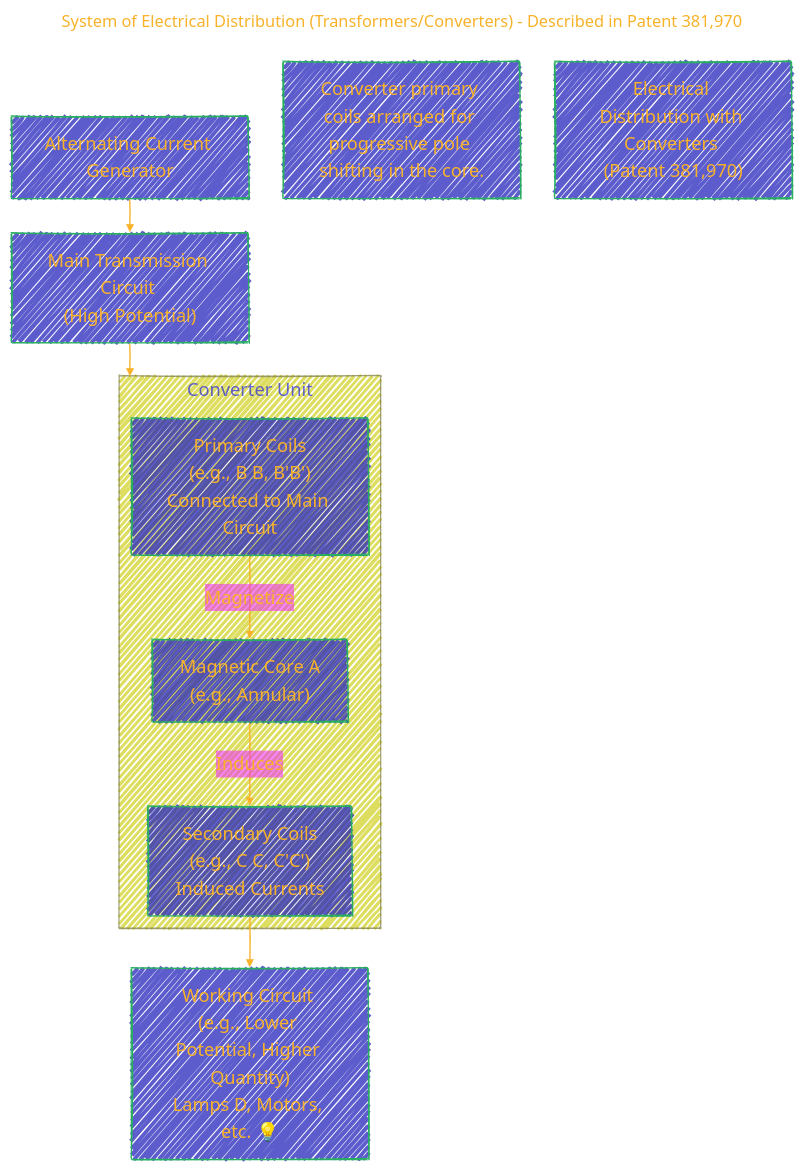
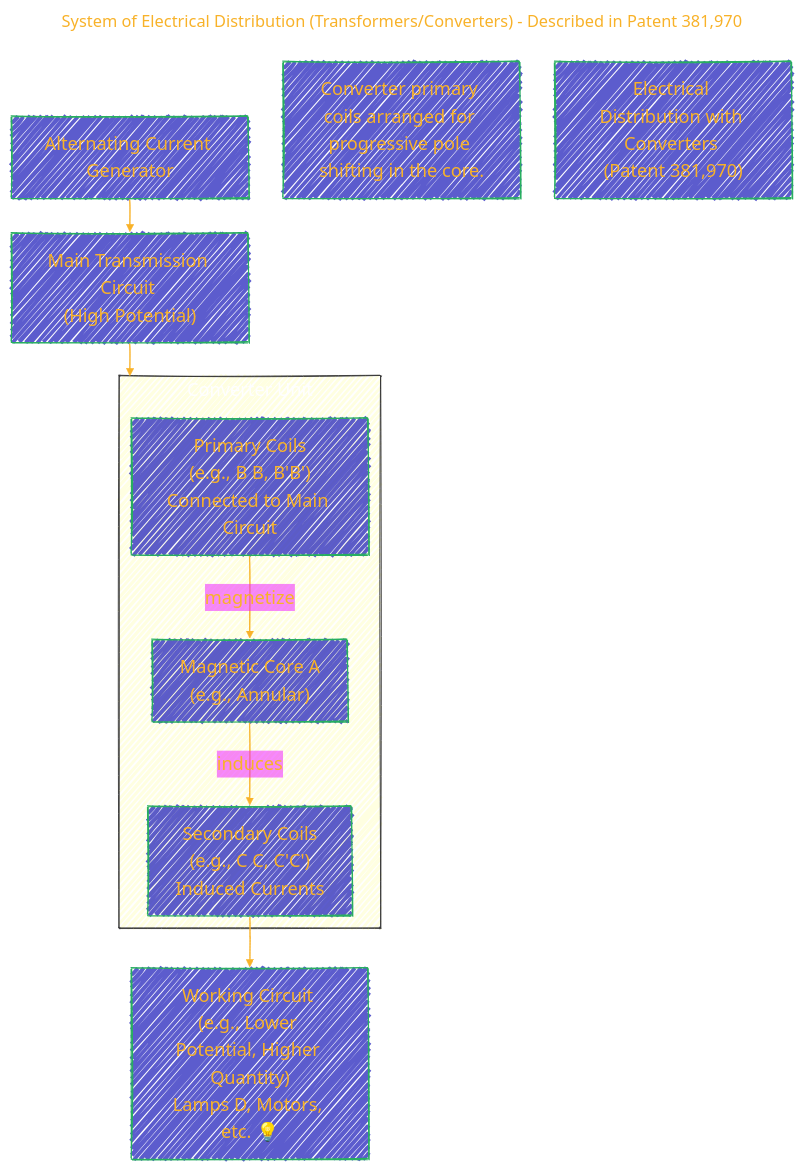
Before and after one commit to CongLeSolutionX/Nikola_Tesla: the seventh of 14 diagrams in BOOK_Transmission_of_Power_POLYPHASE_SYSTEM_Tesla_patents/BOOK_Transmission_of_Power_POLYPHASE_SYSTEM_Tesla_patents.md, drawn with Mermaid. The commit also changed other lines of this file, not shown here.

````diff
--- a/BOOK_Transmission_of_Power_POLYPHASE_SYSTEM_Tesla_patents/BOOK_Transmission_of_Power_POLYPHASE_SYSTEM_Tesla_patents.md
+++ b/BOOK_Transmission_of_Power_POLYPHASE_SYSTEM_Tesla_patents/BOOK_Transmission_of_Power_POLYPHASE_SYSTEM_Tesla_patents.md
@@ -433,46 +444,47 @@
 ```mermaid
 ---
 title: "System of Electrical Distribution (Transformers/Converters) - Described in Patent 381,970"
 author: "Cong Le"
 version: "1.0"
 license(s): "MIT, CC BY-SA 4.0"
 copyright: "Copyright (c) 2025 Cong Le. All Rights Reserved."
 config:
   layout: elk
   theme: base
   look: handDrawn
 ---
 %%%%%%%% Mermaid version v11.4.1-b.14
 %%%%%%%% Available curve styles include the following keywords:
 %% basis, bumpX, bumpY, cardinal, catmullRom, linear, monotoneX, monotoneY, natural, step, stepAfter, stepBefore.
 %%{
   init: {
     'flowchart': { 'htmlLabels': true, 'curve': 'basis' },
     'fontFamily': 'American Typewriter, monospace',
     'logLevel': 'fatal',
     'themeVariables': {
       'primaryColor': '#22BB',
       'primaryTextColor': '#F8B229',
       'lineColor': '#F8B229',
       'primaryBorderColor': '#27AE60',
       'secondaryColor': '#E2F1',
       'secondaryTextColor': '#6C3483',
       'secondaryBorderColor': '#A569BD',
       'fontSize': '20px'
     }
   }
 }%%
 flowchart TD
     Generator["Alternating Current Generator"] --> MainCircuit["Main Transmission Circuit <br/>(High Potential)"]
     MainCircuit --> Converter_Unit["<b>Tesla Converter <br/>(Transformer)</b>"]
     subgraph Converter_Unit["Converter Unit"]
+    style Converter_Unit fill:#FF22,stroke:#333,stroke-width:1px, color: #FFFF
         PrimaryCoils["Primary Coils<br/>(e.g., B B, B'B')<br/>Connected to Main Circuit"]
         Core["Magnetic Core A <br/>(e.g., Annular)"]
         SecondaryCoils["Secondary Coils<br/>(e.g., C C, C'C')<br/>Induced Currents"]
-        PrimaryCoils -- Magnetize --> Core
-        Core -- Induces --> SecondaryCoils
+        PrimaryCoils -- magnetize --> Core
+        Core -- induces --> SecondaryCoils
     end
     SecondaryCoils --> WorkingCircuit["Working Circuit <br/>(e.g., Lower Potential, Higher Quantity)<br/>Lamps D, Motors, etc. 💡"]
     Note["Converter primary coils arranged for progressive pole shifting in the core."]
     Title3["Electrical Distribution with Converters <br/>(Patent 381,970)"]
 ```
````
